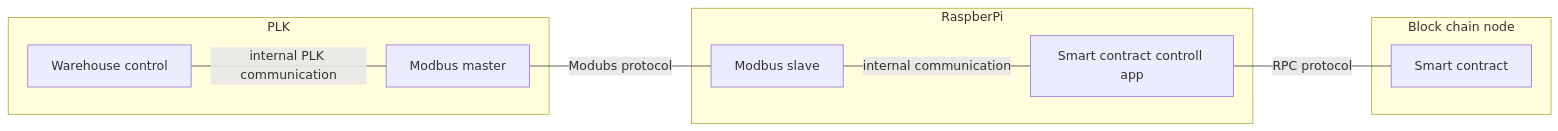
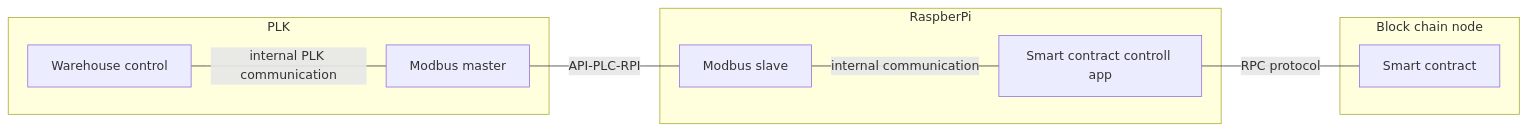
Before and after one commit to fsprojekti/plk-blockchain: the second of 2 diagrams in README.md, drawn with Mermaid. The commit also changed other lines of this file, not shown here.

````diff
--- a/README.md
+++ b/README.md
@@ -41,21 +41,20 @@
 ```mermaid
 graph LR
 
 subgraph P[PLK]
     D[Warehouse control]
     G[Modbus master]
   end
   subgraph R[RaspberPi]
     K[Modbus slave]
     J[Smart contract controll app]
     K---|internal communication|J
   end
   subgraph Block chain node
     L[Smart contract]
   end
   J---|RPC protocol|L
 
 D---|internal PLK communication|G
-G---|Modubs protocol|K 
-
+G---|API-PLC-RPI|K 
 ```
````
